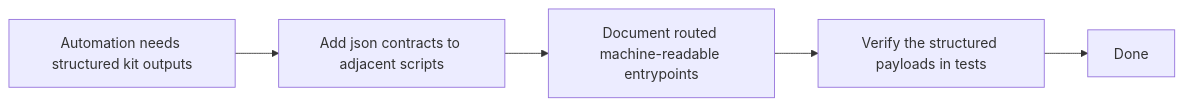
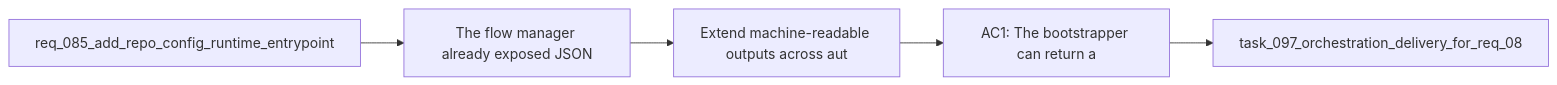
One commit to AlexAgo83/logics-manager changed the diagram in logics/backlog/item_131_extend_machine_readable_outputs_across_automation_facing_kit_skills.md. Above: the diagram before and after it, drawn with Mermaid. The commit also changed 481 other files, not shown here.

````diff
--- a/logics/backlog/item_131_extend_machine_readable_outputs_across_automation_facing_kit_skills.md
+++ b/logics/backlog/item_131_extend_machine_readable_outputs_across_automation_facing_kit_skills.md
@@ -25,9 +25,9 @@
 ```mermaid
 %% logics-kind: backlog
 %% logics-signature: backlog|extend-machine-readable-outputs-across-a|req-085-add-repo-config-runtime-entrypoi|the-flow-manager-already-exposed-json|ac1-the-bootstrapper-can-return-a
 flowchart LR
-    Need[Automation needs structured kit outputs] --> JSON[Add json contracts to adjacent scripts]
-    JSON --> Docs[Document routed machine-readable entrypoints]
-    Docs --> Tests[Verify the structured payloads in tests]
-    Tests --> Done[Done]
+    Request[req_085_add_repo_config_runtime_entrypoint] --> Problem[The flow manager already exposed JSON]
+    Problem --> Scope[Extend machine-readable outputs across aut]
+    Scope --> Acceptance[AC1: The bootstrapper can return a]
+    Acceptance --> Tasks[task_097_orchestration_delivery_for_req_08]
 ```
````
